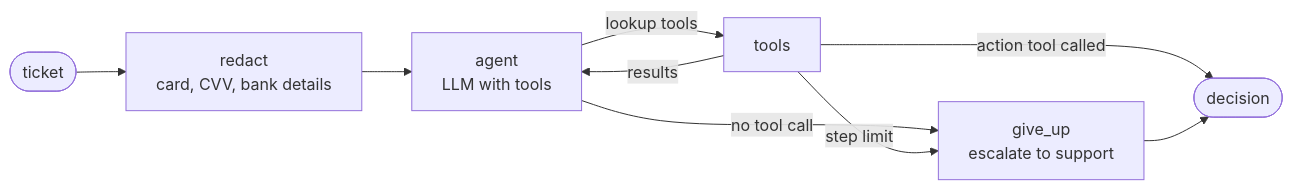
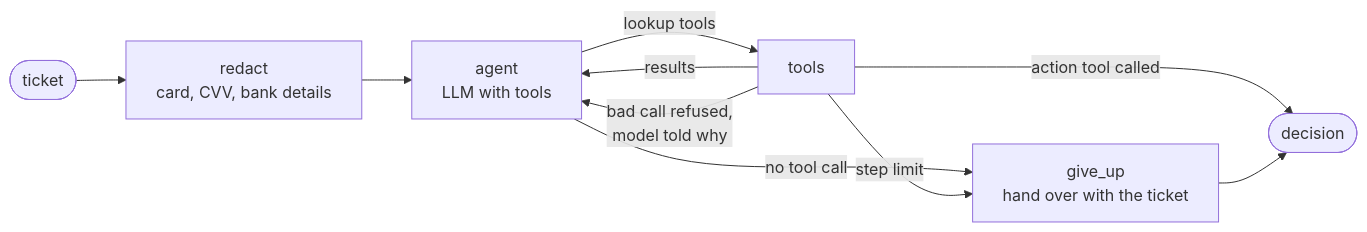
Before and after one commit to ax3cubed/support-triage-agent: the diagram in README.md, drawn with Mermaid. The commit also changed other lines of this file and 2 other files, not shown here.

````diff
--- a/README.md
+++ b/README.md
@@ -29,11 +29,12 @@
 ```mermaid
 flowchart LR
     T([ticket]) --> R[redact<br/>card, CVV, bank details]
     R --> A[agent<br/>LLM with tools]
     A -- lookup tools --> X[tools]
     X -- results --> A
     X -- action tool called --> D([decision])
-    A -- no tool call --> G[give_up<br/>escalate to support]
+    X -- "bad call refused,<br/>model told why" --> A
+    A -- no tool call --> G[give_up<br/>hand over with the ticket]
     X -- step limit --> G
     G --> D
 ```
````
